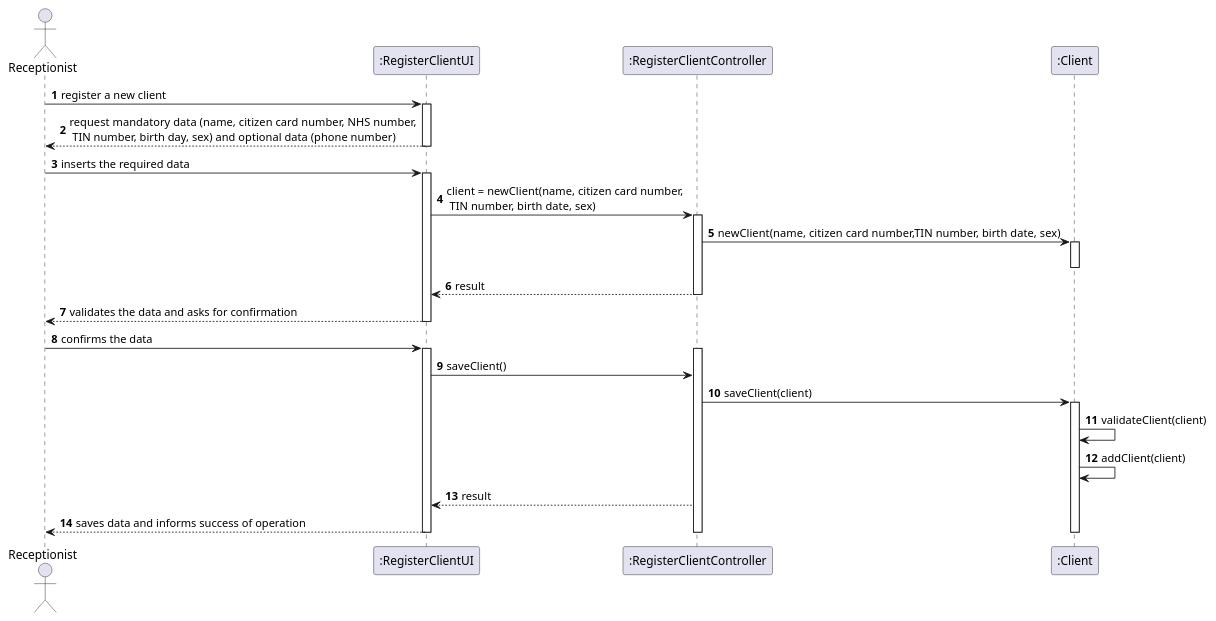
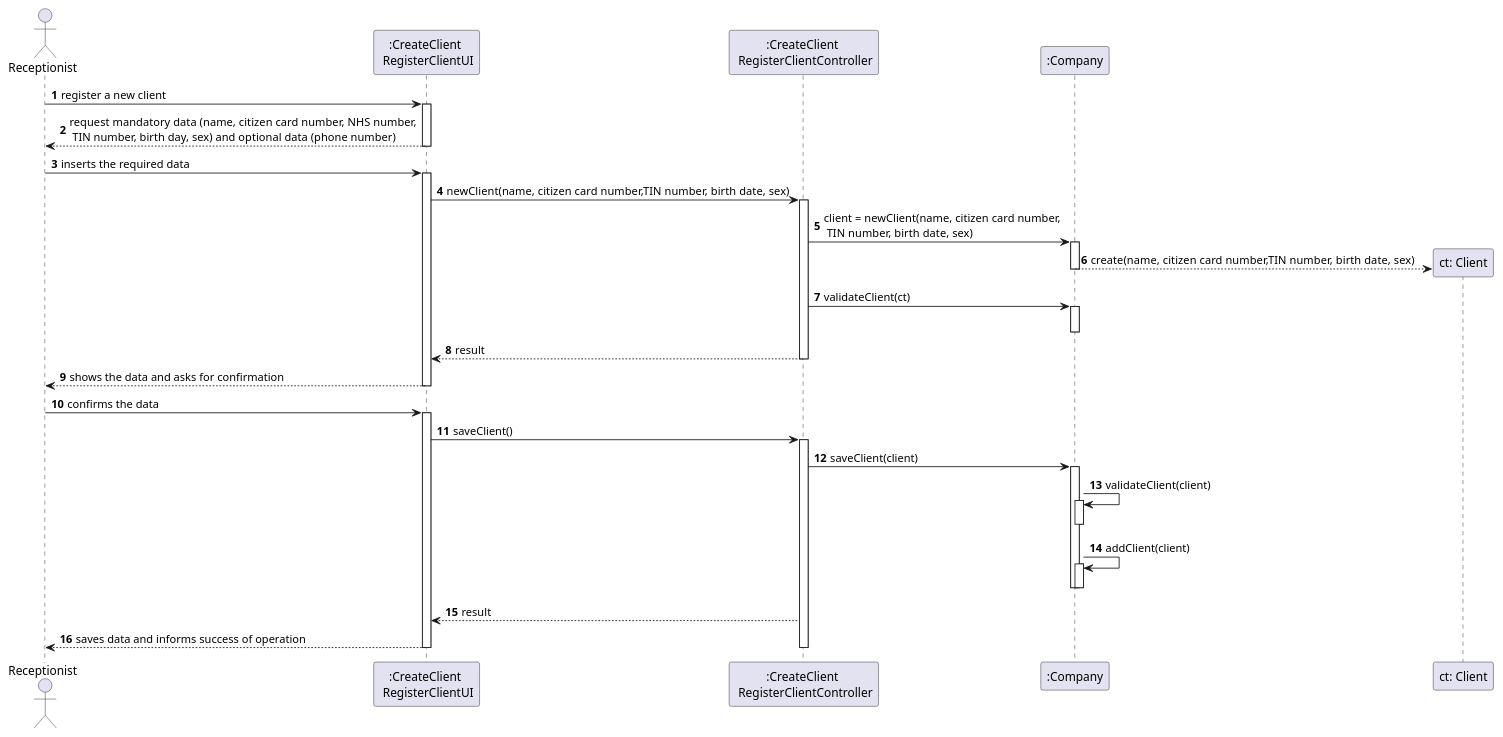
Before and after one commit to GuilhermeCunha79/lapr2: the diagram in docs/SprintB/US3/UC3_SD.puml, drawn with PlantUML. The commit also changed 1 other file, not shown here.

```diff
--- a/docs/SprintB/US3/UC3_SD.puml
+++ b/docs/SprintB/US3/UC3_SD.puml
@@ -1,47 +1,62 @@
 @startuml
 autonumber
 'hide footbox
 actor "Receptionist" as RECEP
 
-participant ":RegisterClientUI" as UI
-participant ":RegisterClientController" as CTRL
-participant ":Client" as C
+participant ":CreateClient \n RegisterClientUI" as UI
+participant ":CreateClient \n RegisterClientController" as CTRL
+participant ":Company" as C
+participant "ct: Client" as CL
+
 
 
 RECEP -> UI : register a new client
 activate UI
     UI --> RECEP : request mandatory data (name, citizen card number, NHS number,\n TIN number, birth day, sex) and optional data (phone number)
 deactivate UI
 
 RECEP -> UI : inserts the required data
 activate UI
-    UI -> CTRL : client = newClient(name, citizen card number,\n TIN number, birth date, sex)
+    UI -> CTRL : newClient(name, citizen card number,TIN number, birth date, sex)
     activate CTRL
 
-        CTRL -> C: newClient(name, citizen card number,TIN number, birth date, sex)
+        CTRL -> C: client = newClient(name, citizen card number,\n TIN number, birth date, sex)
+
+        activate C
+        C --> CL** : create(name, citizen card number,TIN number, birth date, sex)
+        deactivate C
+
+        CTRL -> C : validateClient(ct)
         activate C
         deactivate C
+
         CTRL --> UI : result
+
     deactivate CTRL
-    UI --> RECEP : validates the data and asks for confirmation
+    UI --> RECEP : shows the data and asks for confirmation
 deactivate UI
-
 RECEP -> UI : confirms the data
 activate UI
-activate CTRL
 
     UI -> CTRL : saveClient()
+
+activate CTRL
     CTRL -> C : saveClient(client)
 
 activate C
+
     C -> C : validateClient(client)
+    activate C
+    deactivate C
     C -> C : addClient(client)
-
+    activate C
+    deactivate C
+    deactivate C
     CTRL --> UI : result
 
 UI --> RECEP : saves data and informs success of operation
 deactivate C
 deactivate UI
 deactivate CTRL
 
 @enduml
```
